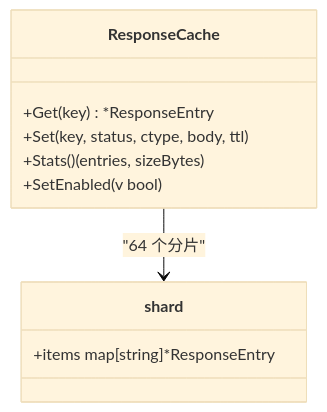
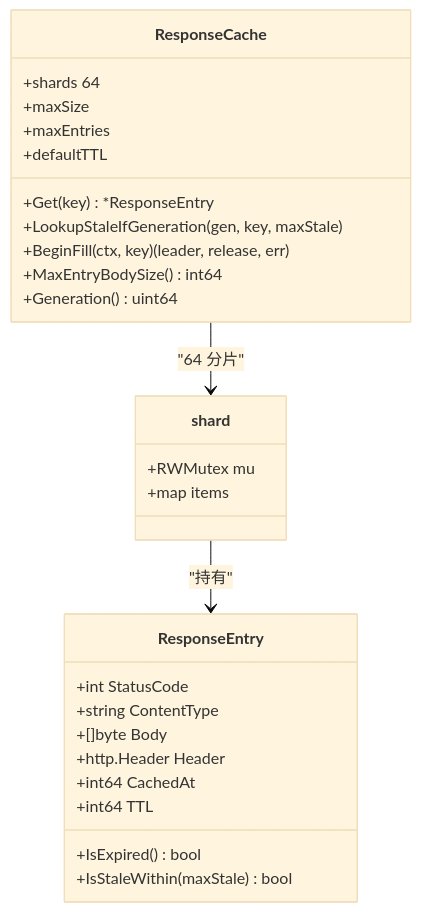
One commit to x01n/My-OpenWaf changed the eighth of 12 diagrams in docs/数据平面处理/性能监控与调优.md. Above: the diagram before and after it, drawn with Mermaid (base theme). The commit also changed other lines of this file and 622 other files, not shown here.

````diff
--- a/docs/数据平面处理/性能监控与调优.md
+++ b/docs/数据平面处理/性能监控与调优.md
@@ -303,13 +445,30 @@
 ```mermaid
 classDiagram
 class ResponseCache {
++shards 64
++maxSize
++maxEntries
++defaultTTL
 +Get(key) *ResponseEntry
-+Set(key, status, ctype, body, ttl)
-+Stats() (entries, sizeBytes)
-+SetEnabled(v bool)
++LookupStaleIfGeneration(gen, key, maxStale)
++BeginFill(ctx, key) (leader, release, err)
++MaxEntryBodySize() int64
++Generation() uint64
+}
+class ResponseEntry {
++int StatusCode
++string ContentType
++[]byte Body
++http.Header Header
++int64 CachedAt
++int64 TTL
++IsExpired() bool
++IsStaleWithin(maxStale) bool
 }
 class shard {
-+items map[string]*ResponseEntry
++RWMutex mu
++map items
 }
-ResponseCache --> shard : "64 个分片"
+ResponseCache --> shard : "64 分片"
+shard --> ResponseEntry : "持有"
 ```
````
